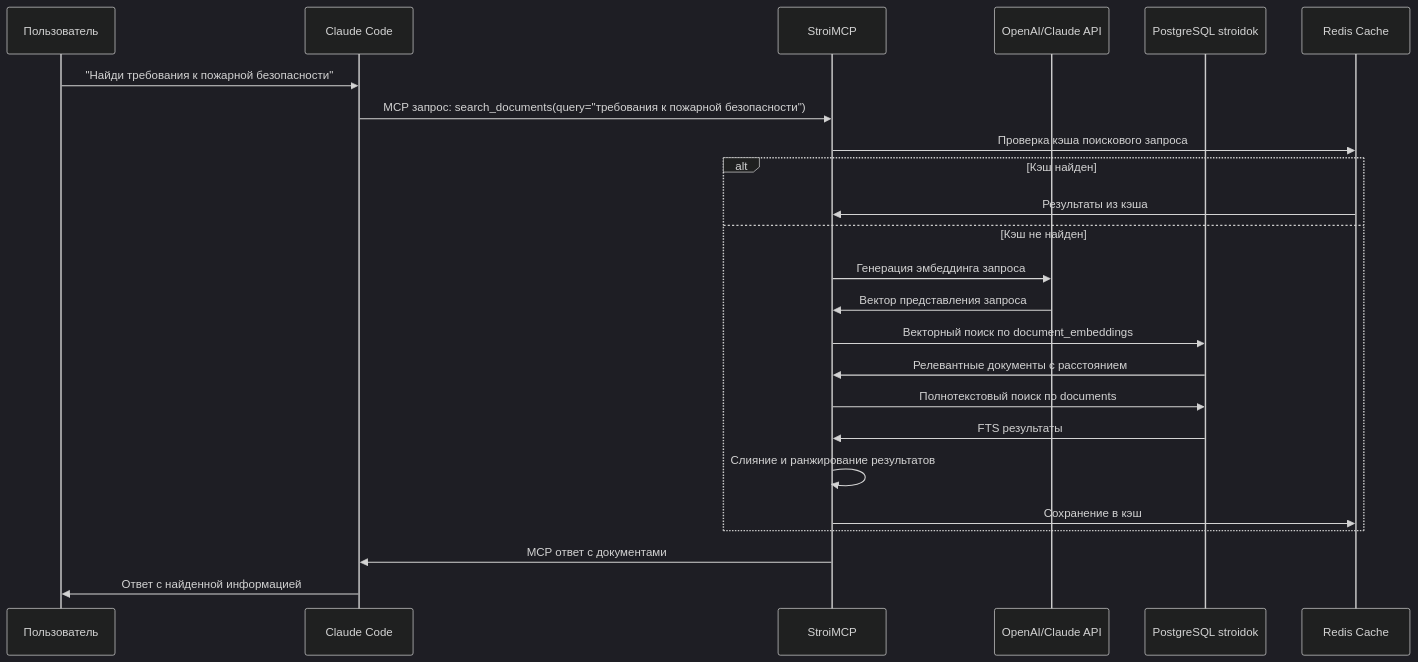
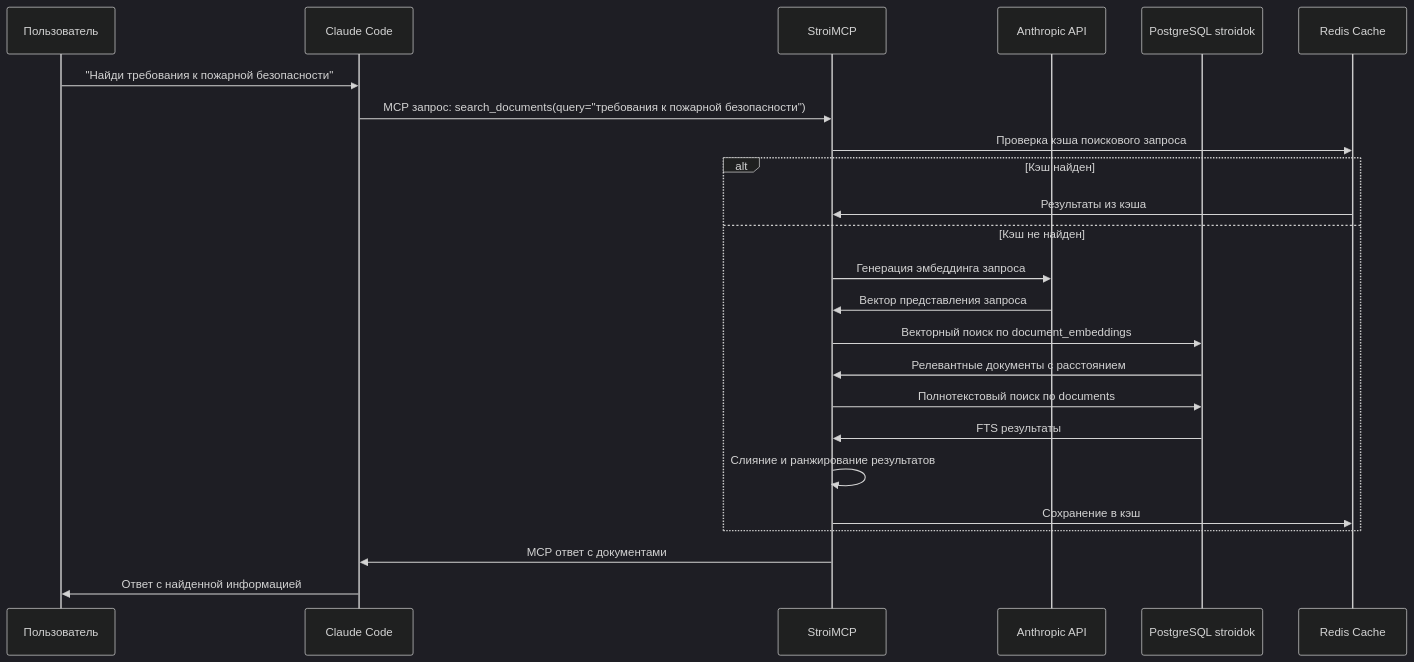
Before and after one commit to dapi/stroidok: the third of 10 diagrams in docs/architecture/sequence-diagrams.md, drawn with Mermaid (dark theme). The commit also changed other lines of this file and 24 other files, not shown here.

````diff
--- a/docs/architecture/sequence-diagrams.md
+++ b/docs/architecture/sequence-diagrams.md
@@ -69,32 +75,32 @@
 ```mermaid
 sequenceDiagram
     participant User as Пользователь
     participant CC as Claude Code
     participant SM as StroiMCP
-    participant LLM as OpenAI/Claude API
+    participant LLM as Anthropic API
     participant DB as PostgreSQL stroidok
     participant Cache as Redis Cache
 
     User->>CC: "Найди требования к пожарной безопасности"
     CC->>SM: MCP запрос: search_documents(query="требования к пожарной безопасности")
 
     SM->>Cache: Проверка кэша поискового запроса
     alt Кэш найден
         Cache->>SM: Результаты из кэша
     else Кэш не найден
         SM->>LLM: Генерация эмбеддинга запроса
         LLM->>SM: Вектор представления запроса
 
         SM->>DB: Векторный поиск по document_embeddings
         DB->>SM: Релевантные документы с расстоянием
 
         SM->>DB: Полнотекстовый поиск по documents
         DB->>SM: FTS результаты
 
         SM->>SM: Слияние и ранжирование результатов
         SM->>Cache: Сохранение в кэш
     end
 
     SM->>CC: MCP ответ с документами
     CC->>User: Ответ с найденной информацией
 ```
````
